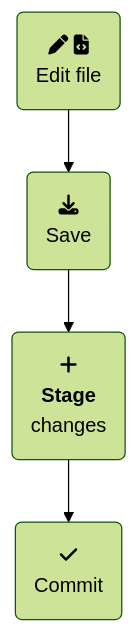
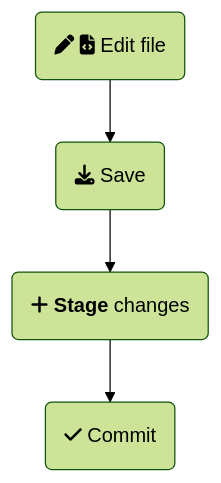
Before and after one commit to davidwilby/ResearchSoftwareMethods: the second of 6 diagrams in index.qmd, drawn with Mermaid (forest theme).

Commit message:
change alignment in commit stage diagram

````diff
--- a/index.qmd
+++ b/index.qmd
@@ -221,7 +221,7 @@
 ```{mermaid}
 %%| fig-height: 6
     flowchart TB
-        A(fa:fa-pen fa:fa-file-code<br>Edit file) --> B
-        B(fa:fa-download<br>Save) --> C
-        C(fa:fa-plus <br><strong>Stage</strong><br>changes) --> D(fa:fa-check<br>Commit)
+        A(fa:fa-pen fa:fa-file-code Edit file) --> B
+        B(fa:fa-download Save) --> C
+        C(fa:fa-plus <strong>Stage</strong> changes) --> D(fa:fa-check Commit)
 ```
````
